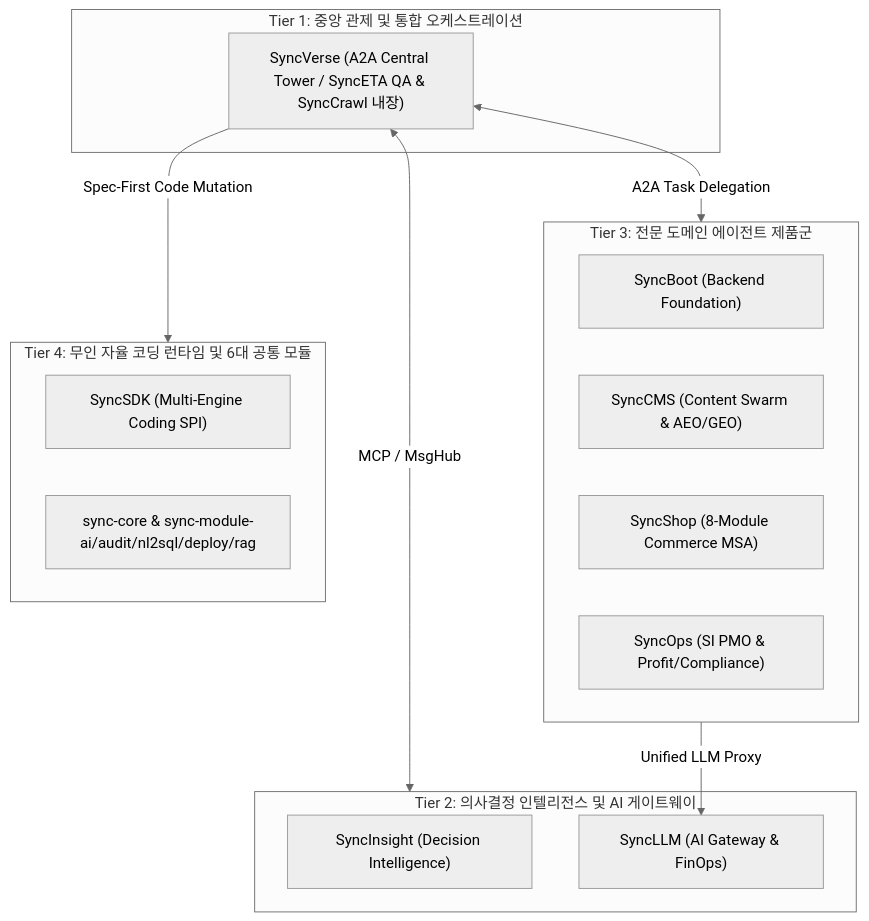
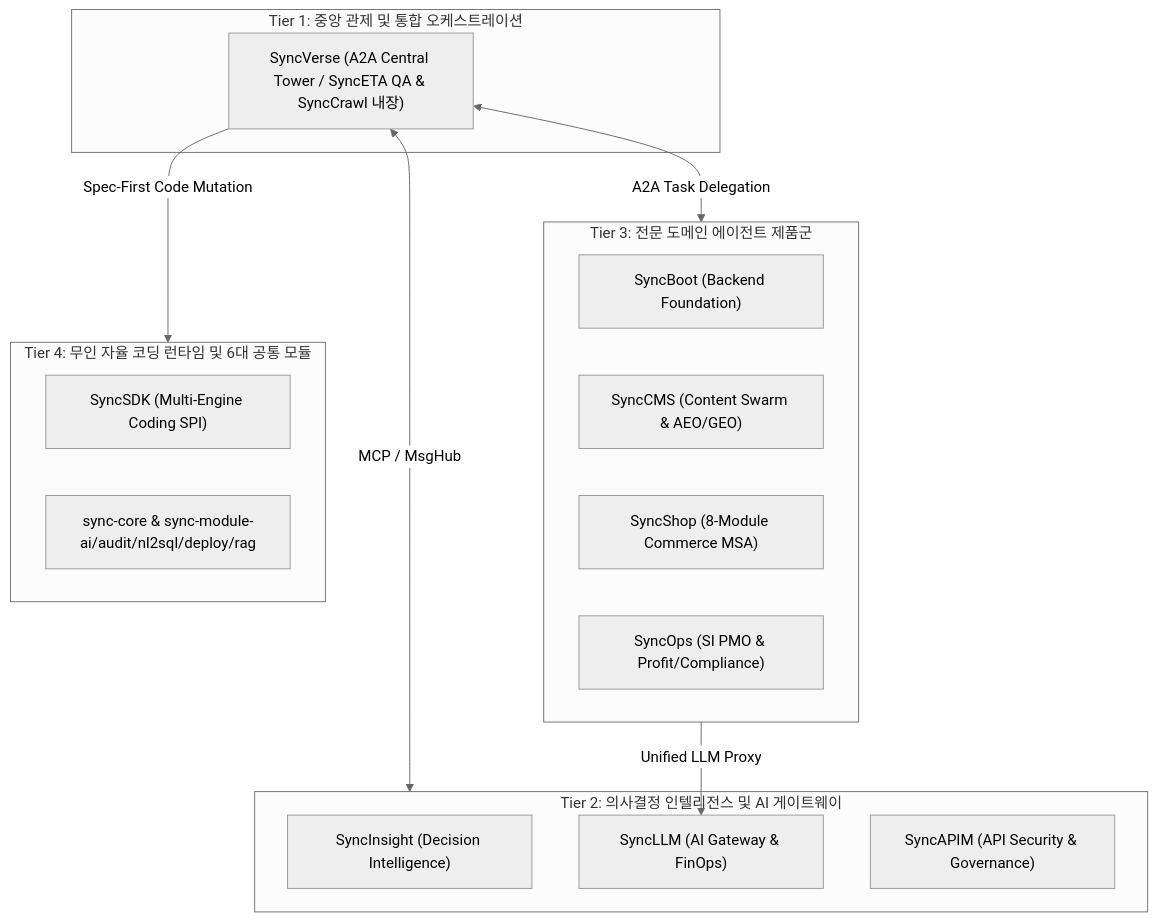
Before and after one commit to DramaticCollaboration/doc.github.io: the first of 2 diagrams in ko/ecosystem/index.md, drawn with Mermaid (neutral theme). The commit also changed other lines of this file and 89 other files, not shown here.

````diff
--- a/ko/ecosystem/index.md
+++ b/ko/ecosystem/index.md
@@ -27,28 +27,29 @@
 ```mermaid
 flowchart TB
     subgraph Tier1 ["Tier 1: 중앙 관제 및 통합 오케스트레이션"]
         SV["SyncVerse (A2A Central Tower / SyncETA QA & SyncCrawl 내장)"]
     end
 
     subgraph Tier2 ["Tier 2: 의사결정 인텔리전스 및 AI 게이트웨이"]
         SI["SyncInsight (Decision Intelligence)"]
         SLLM["SyncLLM (AI Gateway & FinOps)"]
+        SAPIM["SyncAPIM (API Security & Governance)"]
     end
 
     subgraph Tier3 ["Tier 3: 전문 도메인 에이전트 제품군"]
         SB["SyncBoot (Backend Foundation)"]
         SCMS["SyncCMS (Content Swarm & AEO/GEO)"]
         SSHOP["SyncShop (8-Module Commerce MSA)"]
         SOPS["SyncOps (SI PMO & Profit/Compliance)"]
     end
 
     subgraph Tier4 ["Tier 4: 무인 자율 코딩 런타임 및 6대 공통 모듈"]
         SDK["SyncSDK (Multi-Engine Coding SPI)"]
         CORE["sync-core & sync-module-ai/audit/nl2sql/deploy/rag"]
     end
 
     SV <--> |MCP / MsgHub| Tier2
     SV <--> |A2A Task Delegation| Tier3
     SV --> |Spec-First Code Mutation| Tier4
     Tier3 --> |Unified LLM Proxy| SLLM
 ```
````
